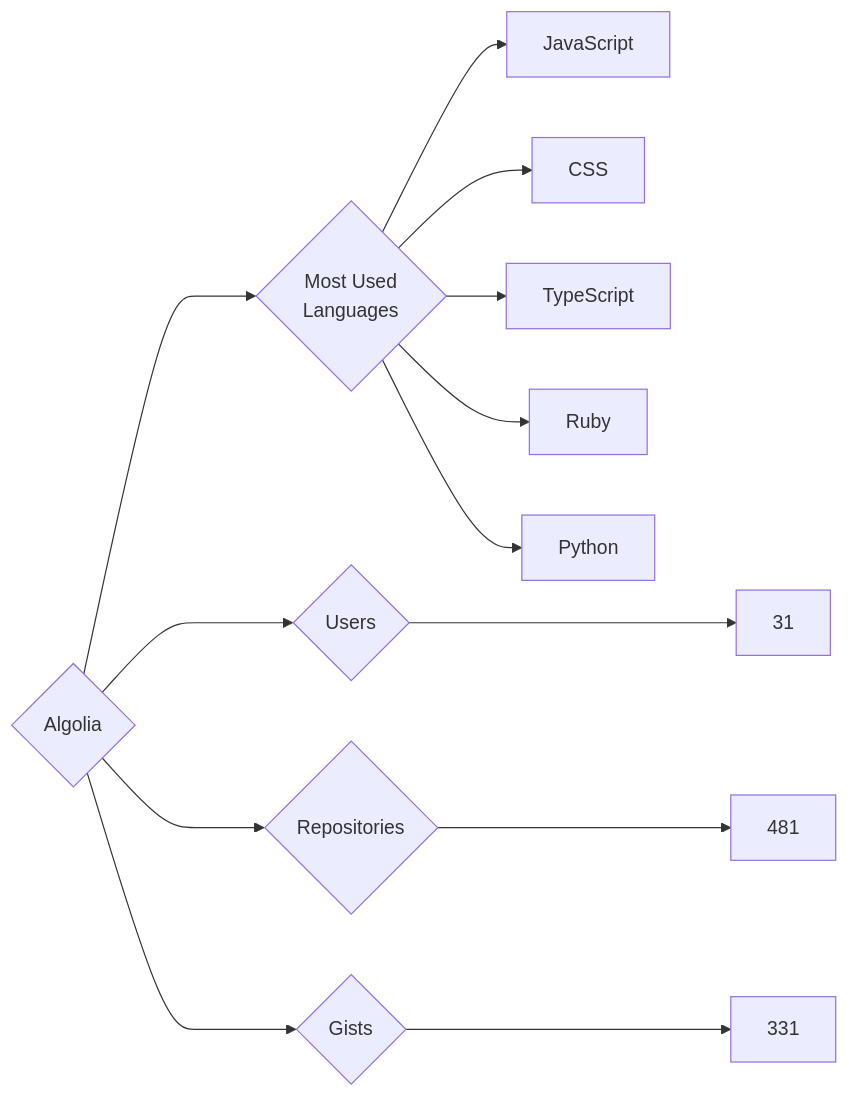
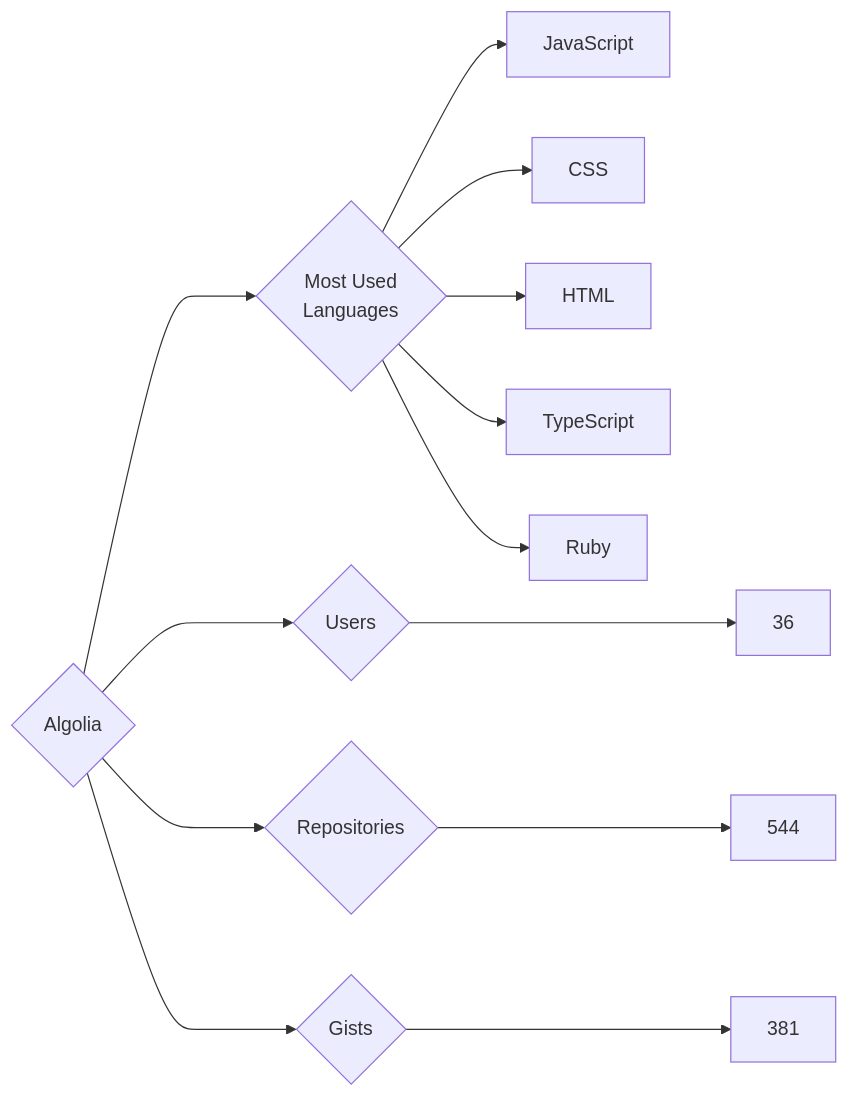
One commit to trickest/insiders changed the diagram in targets/Algolia/README.md. Above: the diagram before and after it, drawn with Mermaid. The commit also changed 553 other files, not shown here.

````diff
--- a/targets/Algolia/README.md
+++ b/targets/Algolia/README.md
@@ -3,13 +3,13 @@
 ```mermaid
 graph LR
 COMPANY_NAME{Algolia}
-COMPANY_NAME ---> U{Users} ---> UN[31]
-COMPANY_NAME ---> R{Repositories} ---> RN[481]
-COMPANY_NAME ---> G{Gists} ---> GN[331]
+COMPANY_NAME ---> U{Users} ---> UN[36]
+COMPANY_NAME ---> R{Repositories} ---> RN[544]
+COMPANY_NAME ---> G{Gists} ---> GN[381]
 COMPANY_NAME ---> ML{Most Used<br>Languages}
 ML --> JavaScript[JavaScript]
 ML --> CSS[CSS]
+ML --> HTML[HTML]
 ML --> TypeScript[TypeScript]
 ML --> Ruby[Ruby]
-ML --> Python[Python]
 ```
````
